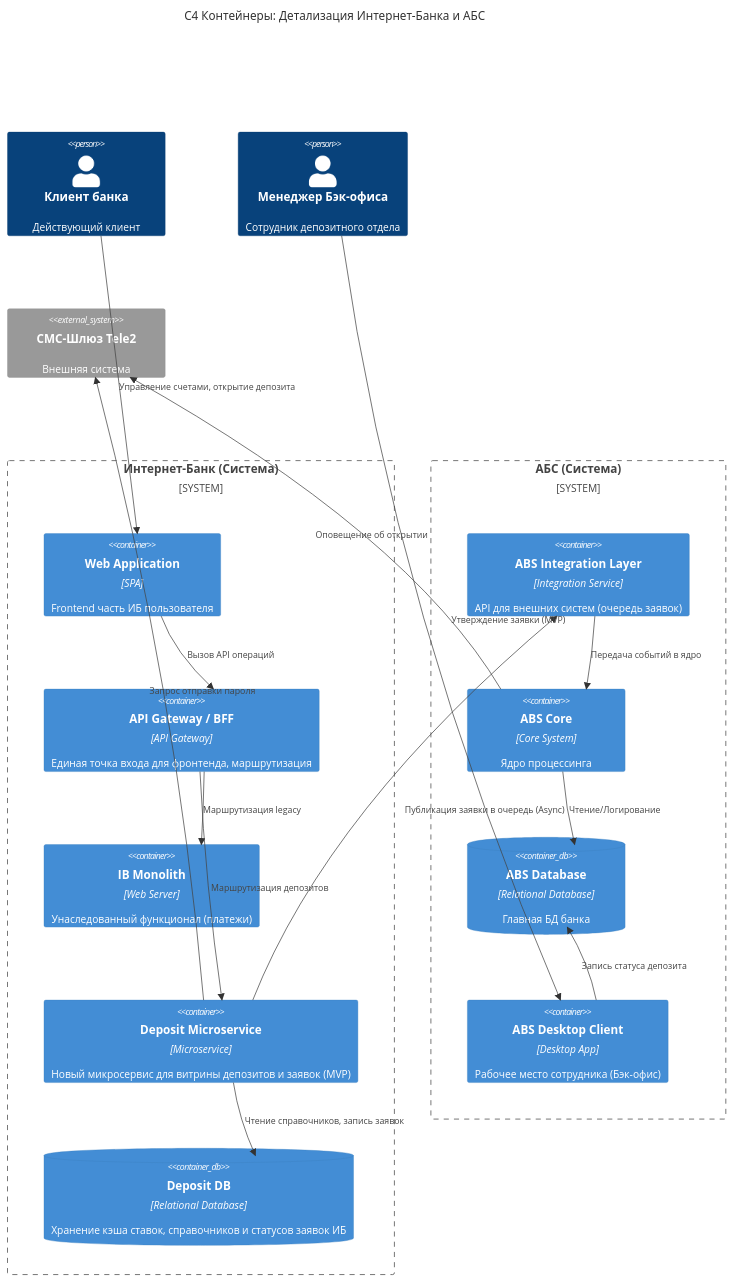
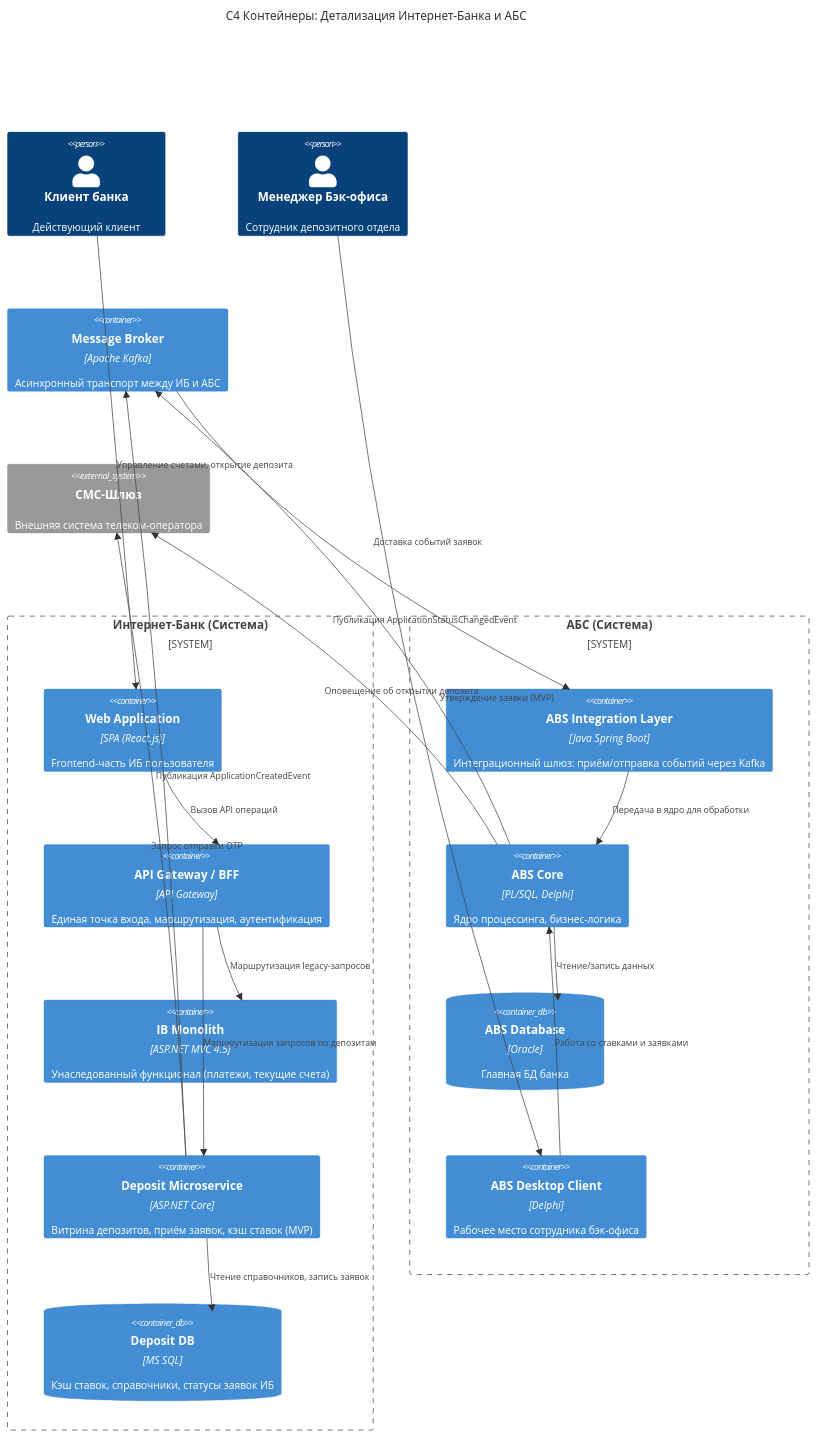
Before and after one commit to akrasnikov79/architecture-standart: the diagram in Task3/C4_Containers.md, drawn with Mermaid. The commit also changed other lines of this file and 6 other files, not shown here.

````diff
--- a/Task3/C4_Containers.md
+++ b/Task3/C4_Containers.md
@@ -3,44 +5,43 @@
 ```mermaid
 C4Container
     title C4 Контейнеры: Детализация Интернет-Банка и АБС
 
     Person(client, "Клиент банка", "Действующий клиент")
     Person(managerBO, "Менеджер Бэк-офиса", "Сотрудник депозитного отдела")
 
     System_Boundary(ib, "Интернет-Банк (Система)") {
-        Container(ib_spa, "Web Application", "SPA", "Frontend часть ИБ пользователя")
-        Container(ib_api, "API Gateway / BFF", "API Gateway", "Единая точка входа для фронтенда, маршрутизация")
-        Container(ib_legacy, "IB Monolith", "Web Server", "Унаследованный функционал (платежи)")
-        Container(dep_service, "Deposit Microservice", "Microservice", "Новый микросервис для витрины депозитов и заявок (MVP)")
-        ContainerDb(dep_db, "Deposit DB", "Relational Database", "Хранение кэша ставок, справочников и статусов заявок ИБ")
+        Container(ib_spa, "Web Application", "SPA (React.js)", "Frontend-часть ИБ пользователя")
+        Container(ib_api, "API Gateway / BFF", "API Gateway", "Единая точка входа, маршрутизация, аутентификация")
+        Container(ib_legacy, "IB Monolith", "ASP.NET MVC 4.5", "Унаследованный функционал (платежи, текущие счета)")
+        Container(dep_service, "Deposit Microservice", "ASP.NET Core", "Витрина депозитов, приём заявок, кэш ставок (MVP)")
+        ContainerDb(dep_db, "Deposit DB", "MS SQL", "Кэш ставок, справочники, статусы заявок ИБ")
     }
 
+    Container(kafka, "Message Broker", "Apache Kafka", "Асинхронный транспорт между ИБ и АБС")
+
     System_Boundary(abs, "АБС (Система)") {
-        Container(abs_api, "ABS Integration Layer", "Integration Service", "API для внешних систем (очередь заявок)")
-        Container(abs_core, "ABS Core", "Core System", "Ядро процессинга")
-        ContainerDb(abs_db, "ABS Database", "Relational Database", "Главная БД банка")
-        Container(abs_client, "ABS Desktop Client", "Desktop App", "Рабочее место сотрудника (Бэк-офис)")
+        Container(abs_api, "ABS Integration Layer", "Java Spring Boot", "Интеграционный шлюз: приём/отправка событий через Kafka")
+        Container(abs_core, "ABS Core", "PL/SQL, Delphi", "Ядро процессинга, бизнес-логика")
+        ContainerDb(abs_db, "ABS Database", "Oracle", "Главная БД банка")
+        Container(abs_client, "ABS Desktop Client", "Delphi", "Рабочее место сотрудника бэк-офиса")
     }
 
-    System_Ext(sms, "СМС-Шлюз Tele2", "Внешняя система")
+    System_Ext(sms, "СМС-Шлюз", "Внешняя система телеком-оператора")
 
-    %% Связи клиента и ИБ
     Rel(client, ib_spa, "Управление счетами, открытие депозита")
     Rel(ib_spa, ib_api, "Вызов API операций")
-    Rel(ib_api, ib_legacy, "Маршрутизация legacy")
-    Rel(ib_api, dep_service, "Маршрутизация депозитов")
+    Rel(ib_api, ib_legacy, "Маршрутизация legacy-запросов")
+    Rel(ib_api, dep_service, "Маршрутизация запросов по депозитам")
     
-    %% Логика внутри ИБ
     Rel(dep_service, dep_db, "Чтение справочников, запись заявок")
+    Rel(dep_service, kafka, "Публикация ApplicationCreatedEvent")
+    Rel(dep_service, sms, "Запрос отправки OTP")
     
-    %% Связи ИБ с внешним миром
-    Rel(dep_service, abs_api, "Публикация заявки в очередь (Async)")
-    Rel(dep_service, sms, "Запрос отправки пароля")
-    
-    %% Логика внутри АБС
-    Rel(abs_api, abs_core, "Передача событий в ядро")
-    Rel(abs_core, abs_db, "Чтение/Логирование")
+    Rel(kafka, abs_api, "Доставка событий заявок")
+    Rel(abs_api, abs_core, "Передача в ядро для обработки")
+    Rel(abs_core, abs_db, "Чтение/запись данных")
     Rel(managerBO, abs_client, "Утверждение заявки (MVP)")
-    Rel(abs_client, abs_db, "Запись статуса депозита")
-    Rel(abs_core, sms, "Оповещение об открытии")
+    Rel(abs_client, abs_core, "Работа со ставками и заявками")
+    Rel(abs_core, kafka, "Публикация ApplicationStatusChangedEvent")
+    Rel(abs_core, sms, "Оповещение об открытии депозита")
 ```
````
